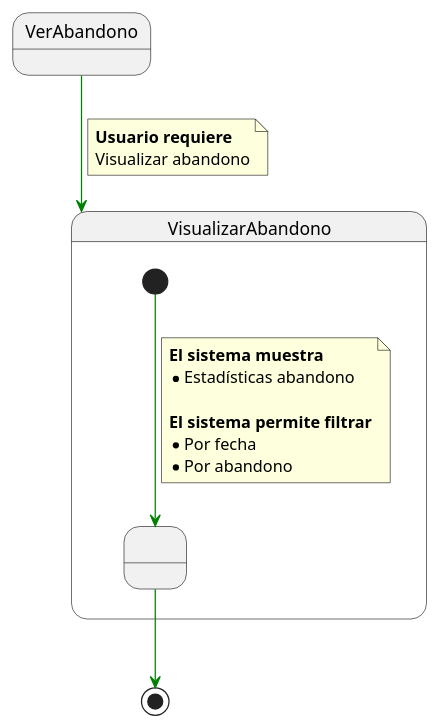
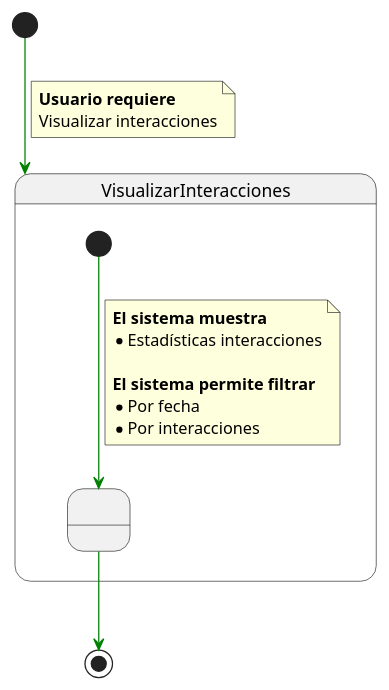
One commit to mmasias/IdSw1-22-23 changed the diagram in 000-entregas/Grupo1/DetalleCasosDeUso/VerAbandono.puml. Above: the diagram before and after it, drawn with PlantUML.

```diff
--- a/000-entregas/Grupo1/DetalleCasosDeUso/VerAbandono.puml
+++ b/000-entregas/Grupo1/DetalleCasosDeUso/VerAbandono.puml
@@ -1,33 +1,31 @@
-@startuml VerAbandono
+@startuml VerInteracciones
 
-State VerAbandono
-
-State VisualizarAbandono{ 
+State VisualizarInteracciones{ 
 
   State state1 as " "
 
   [*] -[#green]-> state1
 
   note on link 
     <b>El sistema muestra
-    * Estadísticas abandono
+    * Estadísticas interacciones
 
     <b>El sistema permite filtrar
     * Por fecha
-    * Por abandono
+    * Por interacciones
   end note
  
 
 } 
 
-VerAbandono-[#green]-> VisualizarAbandono
+[*] -[#green]-> VisualizarInteracciones
 
 note on link
  <b>Usuario requiere
- Visualizar abandono
+ Visualizar interacciones
 end note
 
 state1 -[#green]-> [*] 
 
 
 @enduml
```
